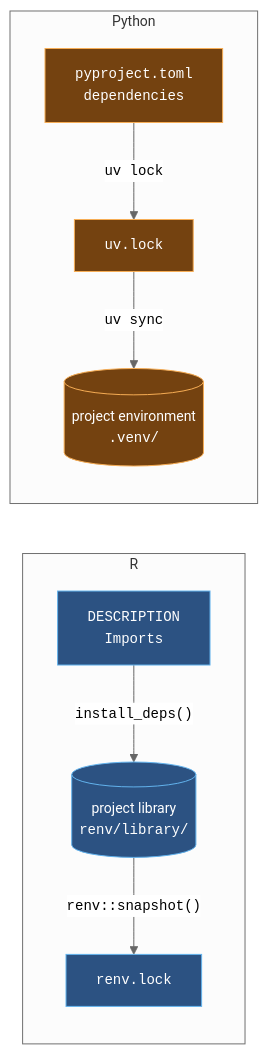
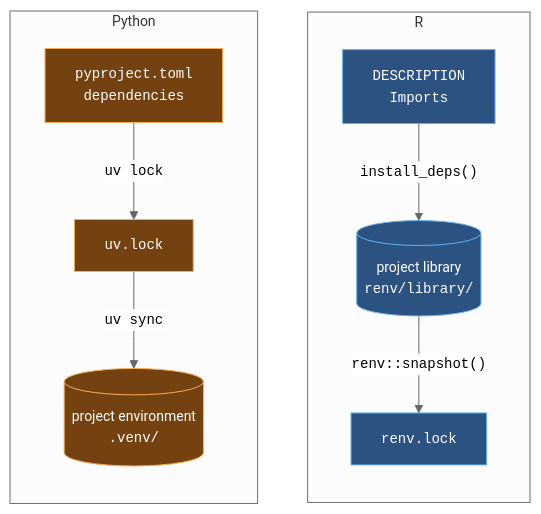
One commit to mjfrigaard/shiny-py-pkgs changed the third of 4 diagrams in packages.qmd. Above: the diagram before and after it, drawn with Mermaid. The commit also changed other lines of this file and 3 other files, not shown here.

````diff
--- a/packages.qmd
+++ b/packages.qmd
@@ -372,28 +386,30 @@
 ```{mermaid}
 %%| fig-cap: 'From declared dependency to installed package'
 %%| fig-align: center
 %%{init: {'theme': 'neutral', 'themeVariables': { 'fontFamily': 'monospace', "fontSize":"14px"}}}%%
 
-flowchart LR
+flowchart TB
     subgraph RDeps["R"]
+    direction TB
         RDesc["<code>DESCRIPTION</code><br/><code>Imports</code>"]
         RLib[("project library<br/><code>renv/library/</code>")]
         RLock["<code>renv.lock</code>"]
         RDesc -->|"<code>install_deps()</code>"| RLib
         RLib -->|"<code>renv::snapshot()</code>"| RLock
     end
 
     subgraph PyDeps["Python"]
+    direction TB
         PyProj["<code>pyproject.toml</code><br/><code>dependencies</code>"]
         PyLock["<code>uv.lock</code>"]
         PyVenv[("project environment<br/><code>.venv/</code>")]
         PyProj -->|"<code>uv lock</code>"| PyLock
         PyLock -->|"<code>uv sync</code>"| PyVenv
     end
 
     classDef rStyle fill:#2c5282,stroke:#63b3ed,color:#fff
     classDef pyStyle fill:#744210,stroke:#f6ad55,color:#fff
 
     class RDesc,RLib,RLock rStyle
     class PyProj,PyLock,PyVenv pyStyle
 ```
````
